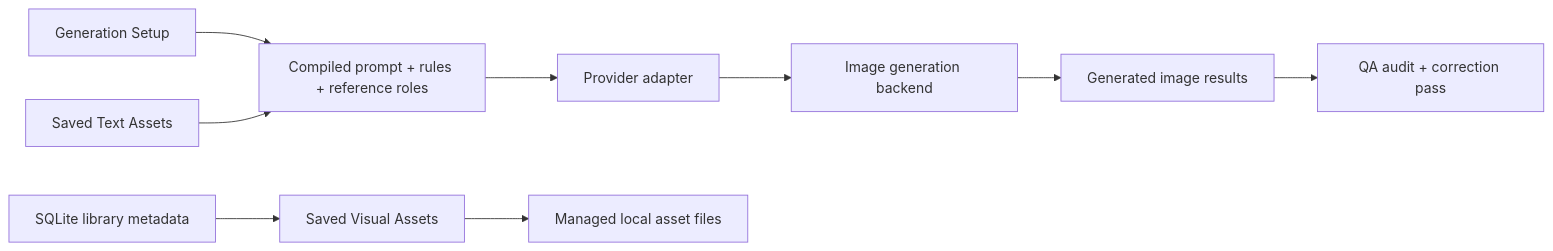
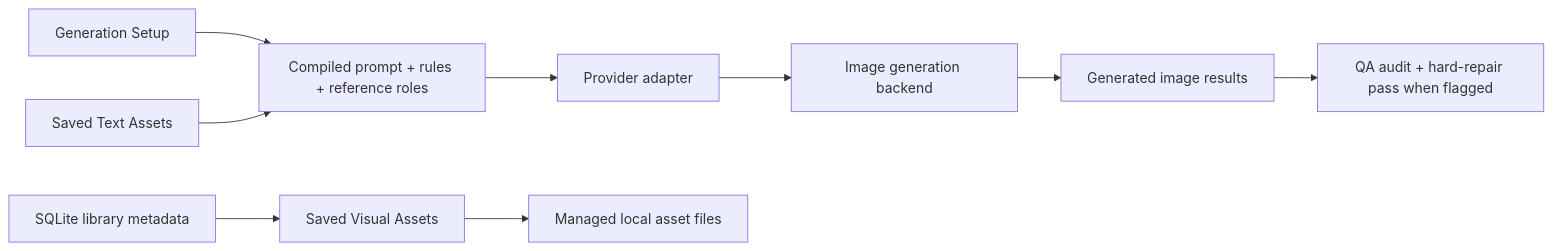
The diagram in README.md (CharisTheAI/local-ai-brand-studio), drawn with Mermaid before and after one commit. The commit also changed other lines of this file, not shown here.

````diff
--- a/README.md
+++ b/README.md
@@ -168,11 +234,11 @@
 ```mermaid
 flowchart LR
   A["Generation Setup"] --> B["Compiled prompt + rules + reference roles"]
   B --> C["Provider adapter"]
   C --> D["Image generation backend"]
   D --> E["Generated image results"]
-  E --> F["QA audit + correction pass"]
+  E --> F["QA audit + hard-repair pass when flagged"]
   G["Saved Visual Assets"] --> H["Managed local asset files"]
   I["Saved Text Assets"] --> B
   J["SQLite library metadata"] --> G
 ```
````
